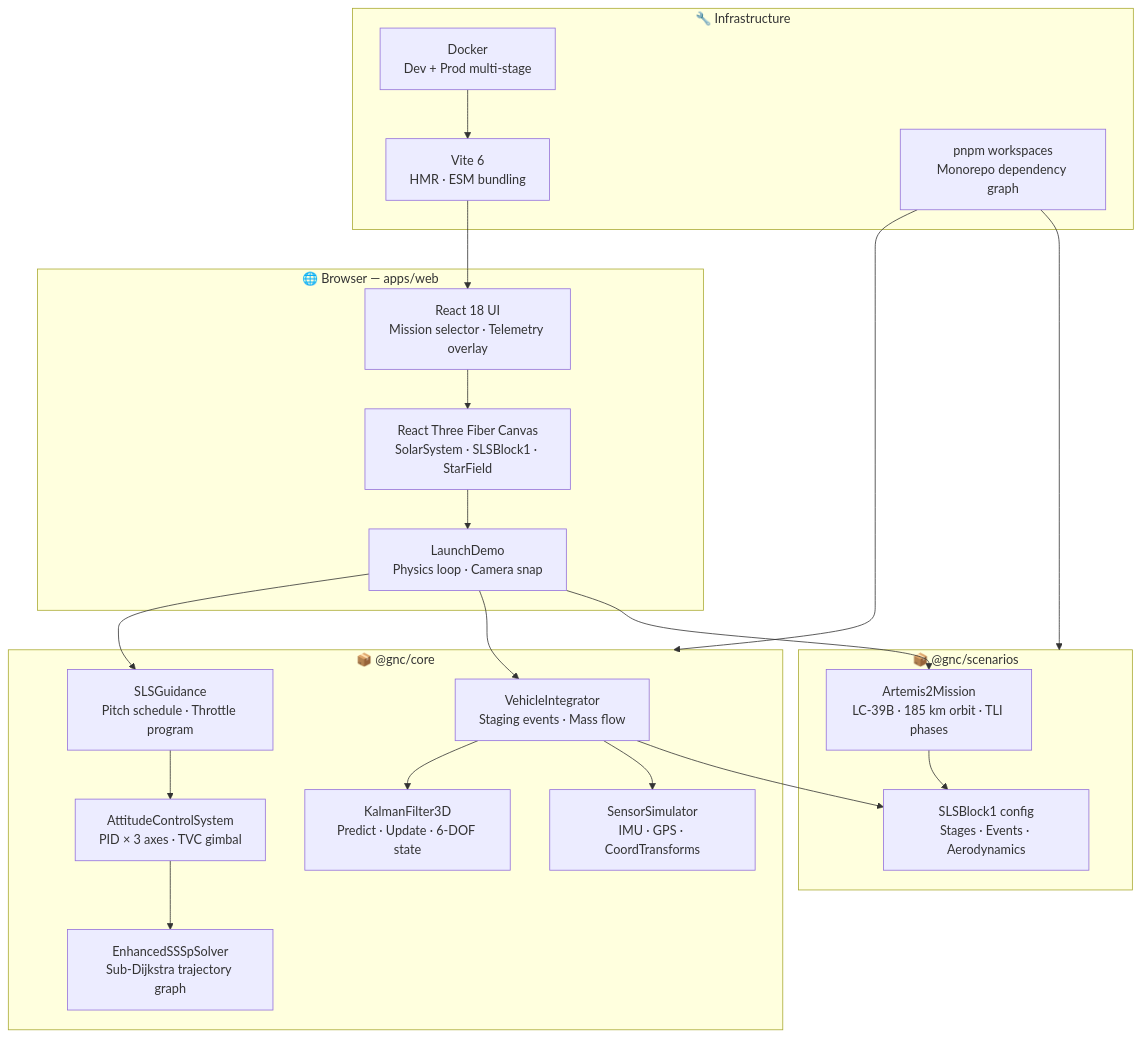
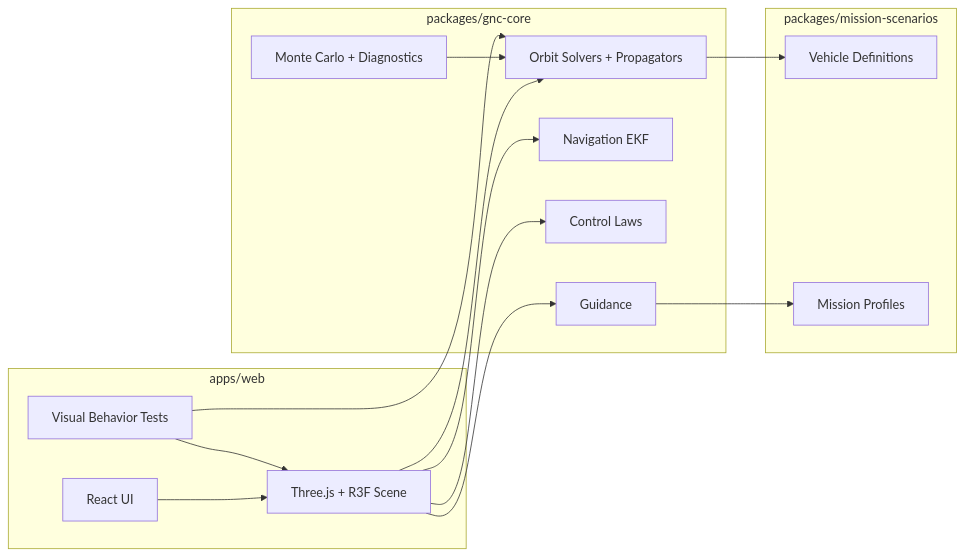
One commit to hkevin01/gnc-space-sim changed the first of 5 diagrams in README.md. Above: the diagram before and after it, drawn with Mermaid. The commit also changed other lines of this file and 1 other file, not shown here.

Commit message:
refactor: Simplify altitude checks in launch visual behavior tests

````diff
--- a/README.md
+++ b/README.md
@@ -85,44 +104,32 @@
 ```mermaid
-flowchart TD
-    subgraph Browser["🌐 Browser — apps/web"]
-        UI[React 18 UI\nMission selector · Telemetry overlay]
-        R3F[React Three Fiber Canvas\nSolarSystem · SLSBlock1 · StarField]
-        LD[LaunchDemo\nPhysics loop · Camera snap]
-    end
+flowchart LR
+  subgraph Web[apps/web]
+    UI[React UI]
+    Scene[Three.js + R3F Scene]
+    Harness[Visual Behavior Tests]
+  end
 
-    subgraph Core["📦 @gnc/core"]
-        GUID[SLSGuidance\nPitch schedule · Throttle program]
-        INTG[VehicleIntegrator\nStaging events · Mass flow]
-        KF[KalmanFilter3D\nPredict · Update · 6-DOF state]
-        PID[AttitudeControlSystem\nPID × 3 axes · TVC gimbal]
-        SSSP[EnhancedSSSpSolver\nSub-Dijkstra trajectory graph]
-        SENS[SensorSimulator\nIMU · GPS · CoordTransforms]
-    end
+  subgraph Core[packages/gnc-core]
+    Guidance[Guidance]
+    Nav[Navigation EKF]
+    Control[Control Laws]
+    Orbit[Orbit Solvers + Propagators]
+    Analysis[Monte Carlo + Diagnostics]
+  end
 
-    subgraph Scenarios["📦 @gnc/scenarios"]
-        SLS[SLSBlock1 config\nStages · Events · Aerodynamics]
-        A2[Artemis2Mission\nLC-39B · 185 km orbit · TLI phases]
-    end
+  subgraph Scenarios[packages/mission-scenarios]
+    Vehicles[Vehicle Definitions]
+    Missions[Mission Profiles]
+  end
 
-    subgraph Infra["🔧 Infrastructure"]
-        DOCK[Docker\nDev + Prod multi-stage]
-        VITE[Vite 6\nHMR · ESM bundling]
-        PNPM[pnpm workspaces\nMonorepo dependency graph]
-    end
-
-    UI --> R3F
-    R3F --> LD
-    LD --> GUID
-    LD --> INTG
-    INTG --> KF
-    GUID --> PID
-    PID --> SSSP
-    INTG --> SENS
-    INTG --> SLS
-    A2 --> SLS
-    LD --> A2
-    VITE --> UI
-    PNPM --> Core
-    PNPM --> Scenarios
-    DOCK --> VITE
+  UI --> Scene
+  Scene --> Guidance
+  Scene --> Orbit
+  Scene --> Nav
+  Scene --> Control
+  Guidance --> Missions
+  Orbit --> Vehicles
+  Analysis --> Orbit
+  Harness --> Scene
+  Harness --> Orbit
 ```
````
